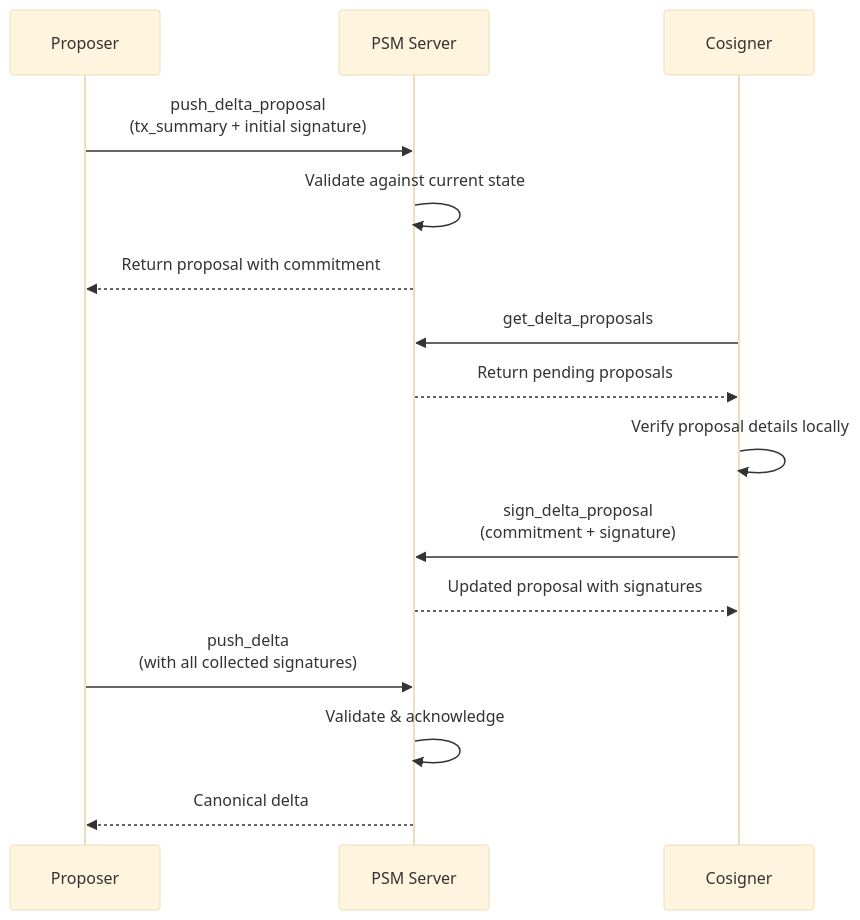
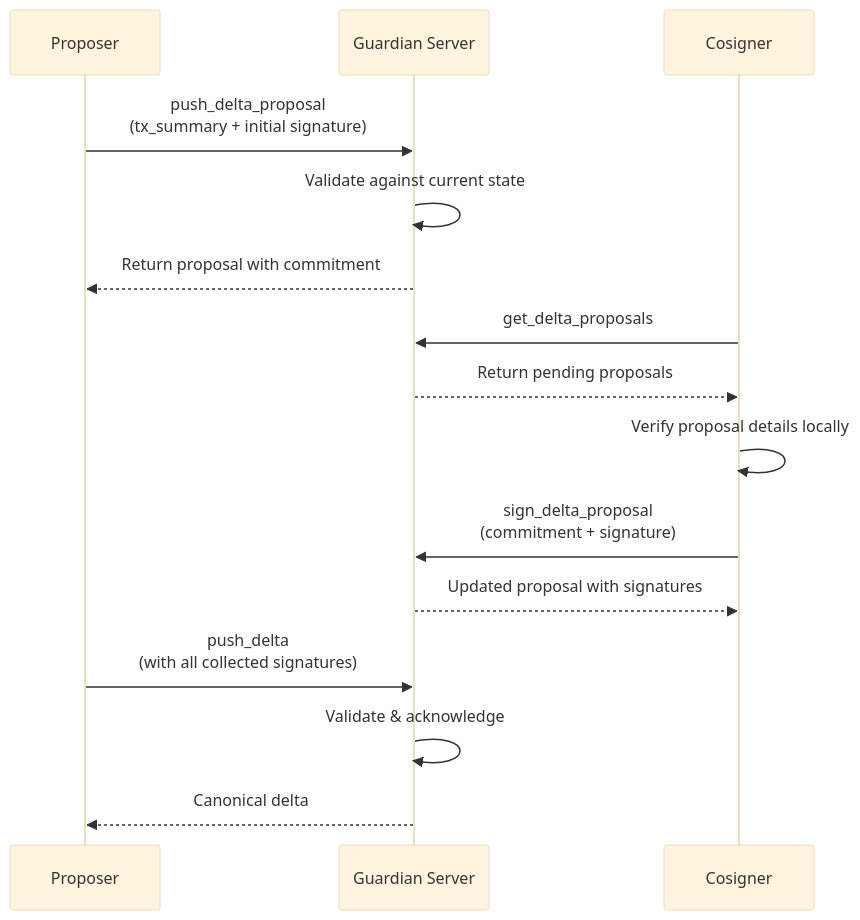
The third of 3 diagrams in docs/builder/solutions/miden-guardian/core-concepts/data-structures.md (0xMiden/miden-docs), drawn with Mermaid (base theme) before and after one commit. The commit also changed other lines of this file and 7 other files, not shown here.

First line of the commit message:
docs: rebrand PSM → Miden Guardian in Guardian section

````diff
--- a/docs/builder/solutions/miden-guardian/core-concepts/data-structures.md
+++ b/docs/builder/solutions/miden-guardian/core-concepts/data-structures.md
@@ -96,21 +96,21 @@
 ```mermaid
 sequenceDiagram
     participant P as Proposer
-    participant PSM as PSM Server
+    participant Guardian as Guardian Server
     participant C as Cosigner
 
-    P->>PSM: push_delta_proposal<br/>(tx_summary + initial signature)
-    PSM->>PSM: Validate against current state
-    PSM-->>P: Return proposal with commitment
+    P->>Guardian: push_delta_proposal<br/>(tx_summary + initial signature)
+    Guardian->>Guardian: Validate against current state
+    Guardian-->>P: Return proposal with commitment
 
-    C->>PSM: get_delta_proposals
-    PSM-->>C: Return pending proposals
+    C->>Guardian: get_delta_proposals
+    Guardian-->>C: Return pending proposals
 
     C->>C: Verify proposal details locally
-    C->>PSM: sign_delta_proposal<br/>(commitment + signature)
-    PSM-->>C: Updated proposal with signatures
+    C->>Guardian: sign_delta_proposal<br/>(commitment + signature)
+    Guardian-->>C: Updated proposal with signatures
 
-    P->>PSM: push_delta<br/>(with all collected signatures)
-    PSM->>PSM: Validate & acknowledge
-    PSM-->>P: Canonical delta
+    P->>Guardian: push_delta<br/>(with all collected signatures)
+    Guardian->>Guardian: Validate & acknowledge
+    Guardian-->>P: Canonical delta
 ```
````
